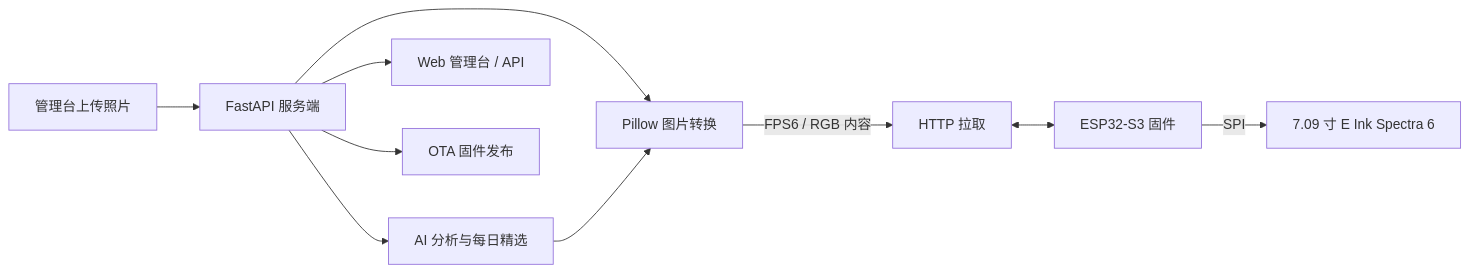
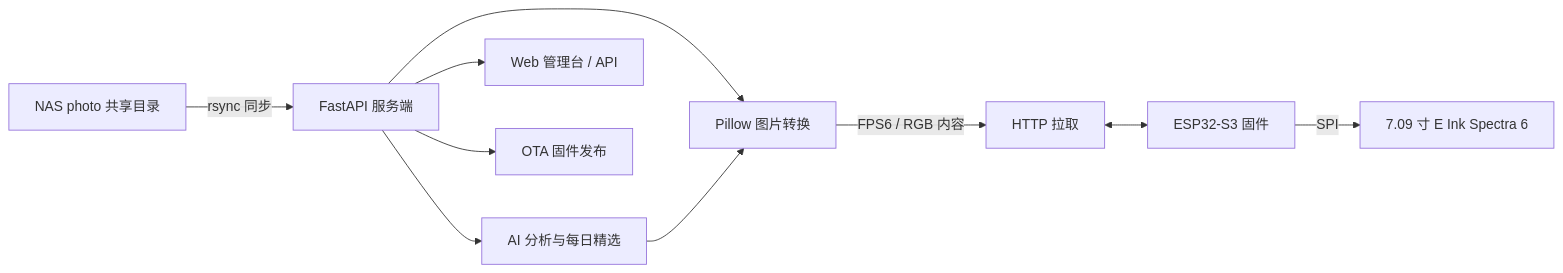
Before and after one commit to Naoki326/FramedPhoto: the diagram in README.md, drawn with Mermaid. The commit also changed other lines of this file and 24 other files, not shown here.

First line of the commit message:
feat: NAS photo 单一共享目录 — 上传跟随分类 tab，文件夹 NAS 侧管理 (ADR-0007 修订)

````diff
--- a/README.md
+++ b/README.md
@@ -133,12 +133,12 @@
 ```mermaid
 flowchart LR
-    A[管理台上传照片] --> B
+    A[NAS photo 共享目录] -->|rsync 同步| B
     B[FastAPI 服务端] --> C[AI 分析与每日精选]
     B --> D[Pillow 图片转换]
     C --> D
     D -->|FPS6 / RGB 内容| E[HTTP 拉取]
     E <--> F[ESP32-S3 固件]
     F -->|SPI| G[7.09 寸 E Ink Spectra 6]
     B --> H[Web 管理台 / API]
     B --> I[OTA 固件发布]
 ```
````
